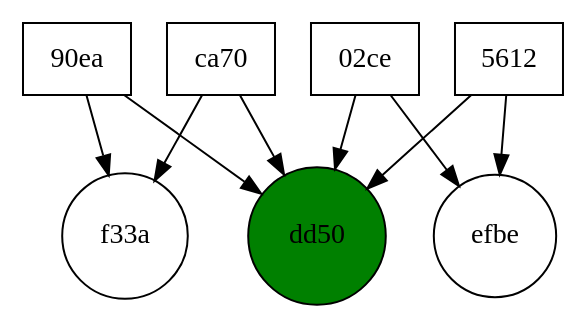
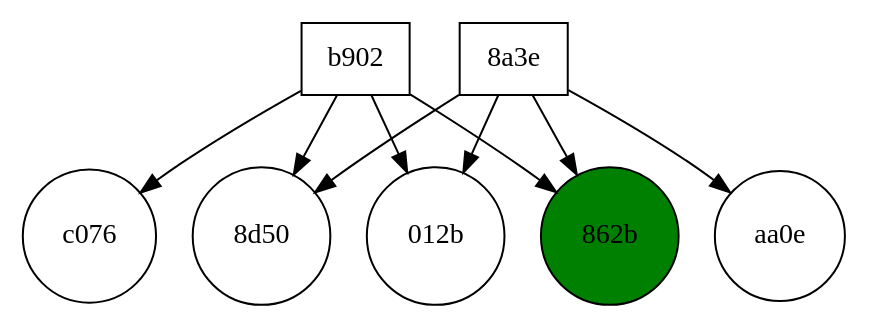
Before and after one commit to ziyadalrasbi/F20SC-CW2: the diagram in doctest-output/visitor.gv, drawn with Graphviz. The commit also changed 1 other file, not shown here.

```diff
--- a/doctest-output/visitor.gv
+++ b/doctest-output/visitor.gv
@@ -1,31 +1,31 @@
 digraph visitor {
 	graph [rank=min]
 	node [shape=rectangle]
-	"3d829216172e02ce" [label="02ce" fillcolor=white shape=rectangle style=filled]
-	"3d829216172e02ce" -> "140213232558-bdd53a3a2ae91f2c5f951187668edd50"
-	"3d829216172e02ce" -> "140227013556-da667d2f4032e14a0808c5ae64fbefbe"
-	"43f2f9d34fa890ea" [label="90ea" fillcolor=white shape=rectangle style=filled]
-	"43f2f9d34fa890ea" -> "140213232558-bdd53a3a2ae91f2c5f951187668edd50"
-	"43f2f9d34fa890ea" -> "140122212305-a9c8d5261144dc049258d07f4820f33a"
-	a24d810a16b05612 [label=5612 fillcolor=white shape=rectangle style=filled]
-	a24d810a16b05612 -> "140213232558-bdd53a3a2ae91f2c5f951187668edd50"
-	a24d810a16b05612 -> "140227013556-da667d2f4032e14a0808c5ae64fbefbe"
-	"4a1ac68aba36ca70" [label=ca70 fillcolor=white shape=rectangle style=filled]
-	"4a1ac68aba36ca70" -> "140213232558-bdd53a3a2ae91f2c5f951187668edd50"
-	"4a1ac68aba36ca70" -> "140122212305-a9c8d5261144dc049258d07f4820f33a"
+	"3c01241d5c3a8a3e" [label="8a3e" fillcolor=white shape=rectangle style=filled]
+	"3c01241d5c3a8a3e" -> "140310171202-000000002e5a8ff1f577548fec708d50"
+	"3c01241d5c3a8a3e" -> "140310171030-000000008b8d98e95ac0797e7fdb012b"
+	"3c01241d5c3a8a3e" -> "140310170010-0000000067dc80801f1df696ae52862b"
+	"3c01241d5c3a8a3e" -> "140310165657-0000000068d21bb99dec3ad6ee60aa0e"
+	"4065369dbee2b902" [label=b902 fillcolor=white shape=rectangle style=filled]
+	"4065369dbee2b902" -> "140310171202-000000002e5a8ff1f577548fec708d50"
+	"4065369dbee2b902" -> "140310171030-000000008b8d98e95ac0797e7fdb012b"
+	"4065369dbee2b902" -> "140310170010-0000000067dc80801f1df696ae52862b"
+	"4065369dbee2b902" -> "140310171114-00000000950ae9deb4faca996b0ec076"
 	subgraph document {
 		graph [rank=max]
 		node [shape=circle]
-		"140213232558-bdd53a3a2ae91f2c5f951187668edd50" [label=dd50 fillcolor=green shape=circle style=filled]
-		"140227013556-da667d2f4032e14a0808c5ae64fbefbe" [label=efbe fillcolor=white shape=circle style=filled]
-		"140122212305-a9c8d5261144dc049258d07f4820f33a" [label=f33a fillcolor=white shape=circle style=filled]
-		"140227013556-da667d2f4032e14a0808c5ae64fbefbe" [label=efbe fillcolor=white shape=circle style=filled]
-		"140122212305-a9c8d5261144dc049258d07f4820f33a" [label=f33a fillcolor=white shape=circle style=filled]
-		"140227013556-da667d2f4032e14a0808c5ae64fbefbe" [label=efbe fillcolor=white shape=circle style=filled]
-		"140122212305-a9c8d5261144dc049258d07f4820f33a" [label=f33a fillcolor=white shape=circle style=filled]
-		"140227013556-da667d2f4032e14a0808c5ae64fbefbe" [label=efbe fillcolor=white shape=circle style=filled]
-		"140122212305-a9c8d5261144dc049258d07f4820f33a" [label=f33a fillcolor=white shape=circle style=filled]
-		"140227013556-da667d2f4032e14a0808c5ae64fbefbe" [label=efbe fillcolor=white shape=circle style=filled]
-		"140122212305-a9c8d5261144dc049258d07f4820f33a" [label=f33a fillcolor=white shape=circle style=filled]
+		"140310171202-000000002e5a8ff1f577548fec708d50" [label="8d50" fillcolor=white shape=circle style=filled]
+		"140310171030-000000008b8d98e95ac0797e7fdb012b" [label="012b" fillcolor=white shape=circle style=filled]
+		"140310170010-0000000067dc80801f1df696ae52862b" [label="862b" fillcolor=green shape=circle style=filled]
+		"140310165657-0000000068d21bb99dec3ad6ee60aa0e" [label=aa0e fillcolor=white shape=circle style=filled]
+		"140310171114-00000000950ae9deb4faca996b0ec076" [label=c076 fillcolor=white shape=circle style=filled]
+		"140310171202-000000002e5a8ff1f577548fec708d50" [label="8d50" fillcolor=white shape=circle style=filled]
+		"140310171030-000000008b8d98e95ac0797e7fdb012b" [label="012b" fillcolor=white shape=circle style=filled]
+		"140310165657-0000000068d21bb99dec3ad6ee60aa0e" [label=aa0e fillcolor=white shape=circle style=filled]
+		"140310171114-00000000950ae9deb4faca996b0ec076" [label=c076 fillcolor=white shape=circle style=filled]
+		"140310171202-000000002e5a8ff1f577548fec708d50" [label="8d50" fillcolor=white shape=circle style=filled]
+		"140310171030-000000008b8d98e95ac0797e7fdb012b" [label="012b" fillcolor=white shape=circle style=filled]
+		"140310165657-0000000068d21bb99dec3ad6ee60aa0e" [label=aa0e fillcolor=white shape=circle style=filled]
+		"140310171114-00000000950ae9deb4faca996b0ec076" [label=c076 fillcolor=white shape=circle style=filled]
 	}
 }
```
